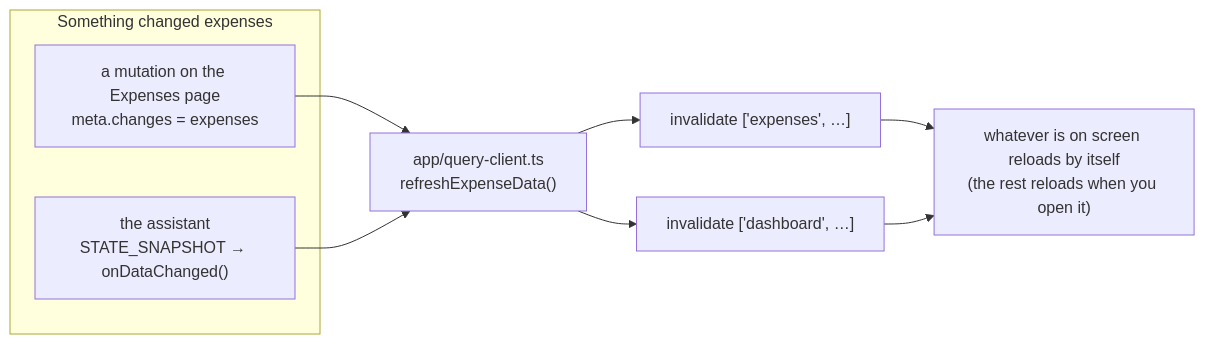
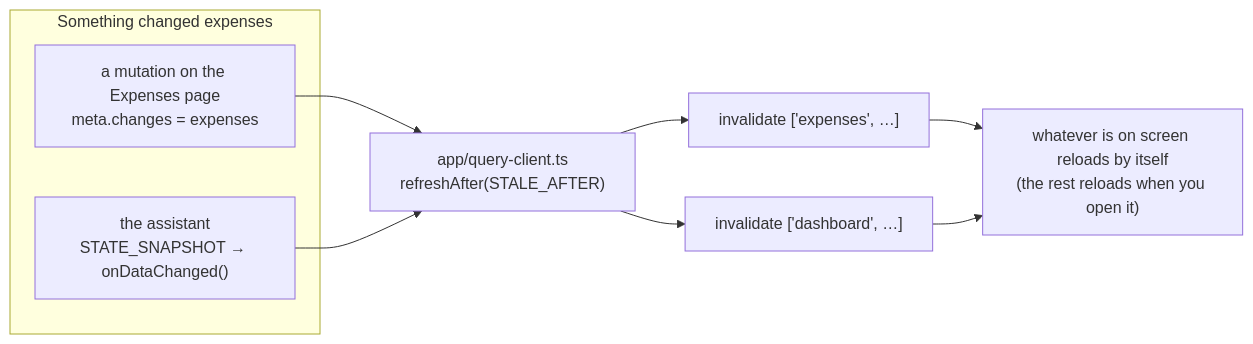
One commit to sanjeevgnrgy/spendwise changed the fifth of 6 diagrams in docs/how_spendwise_works.md. Above: the diagram before and after it, drawn with Mermaid. The commit also changed 15 other files, not shown here.

````diff
--- a/docs/how_spendwise_works.md
+++ b/docs/how_spendwise_works.md
@@ -106,15 +106,15 @@
 ```mermaid
 flowchart LR
     subgraph sources ["Something changed expenses"]
         M1["a mutation on the Expenses page<br/>meta.changes = expenses"]
         M2["the assistant<br/>STATE_SNAPSHOT → onDataChanged()"]
     end
-    RULE["app/query-client.ts<br/>refreshExpenseData()"]
+    RULE["app/query-client.ts<br/>refreshAfter(STALE_AFTER)"]
     K1["invalidate ['expenses', …]"]
     K2["invalidate ['dashboard', …]"]
     UI["whatever is on screen reloads by itself<br/>(the rest reloads when you open it)"]
     M1 --> RULE
     M2 --> RULE
     RULE --> K1 --> UI
     RULE --> K2 --> UI
 ```
````
